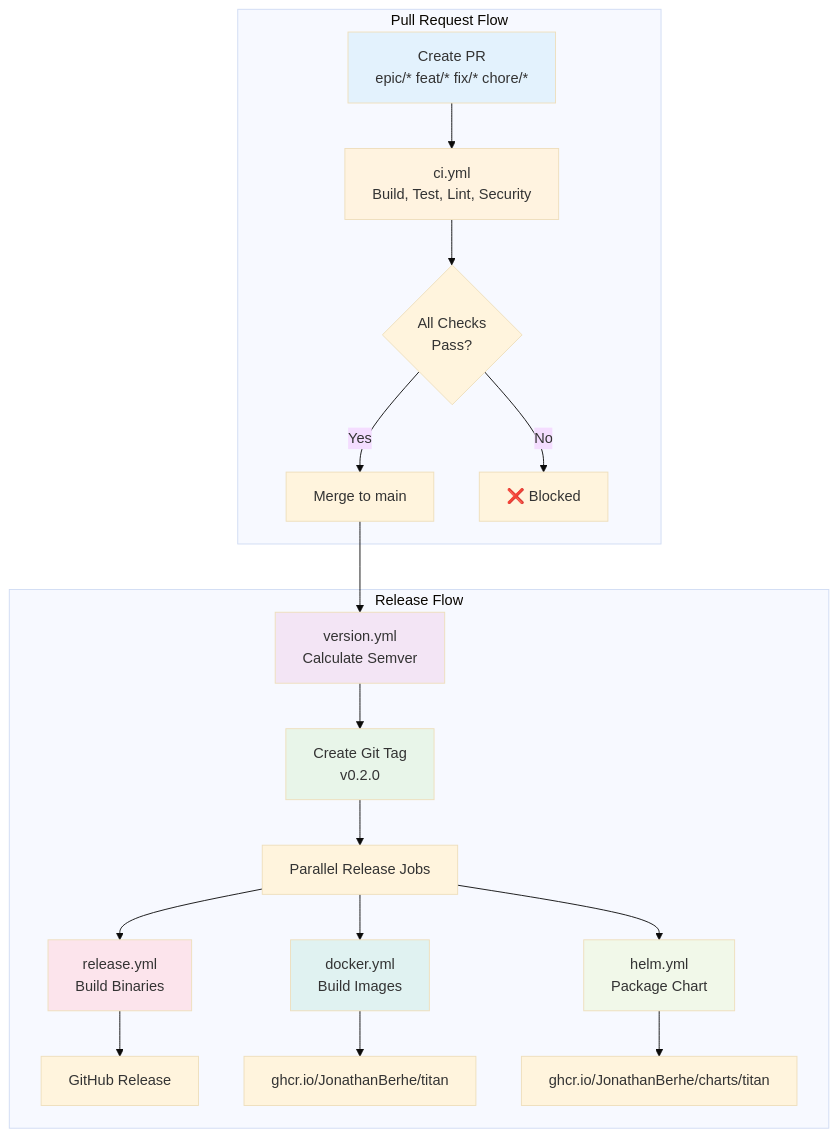
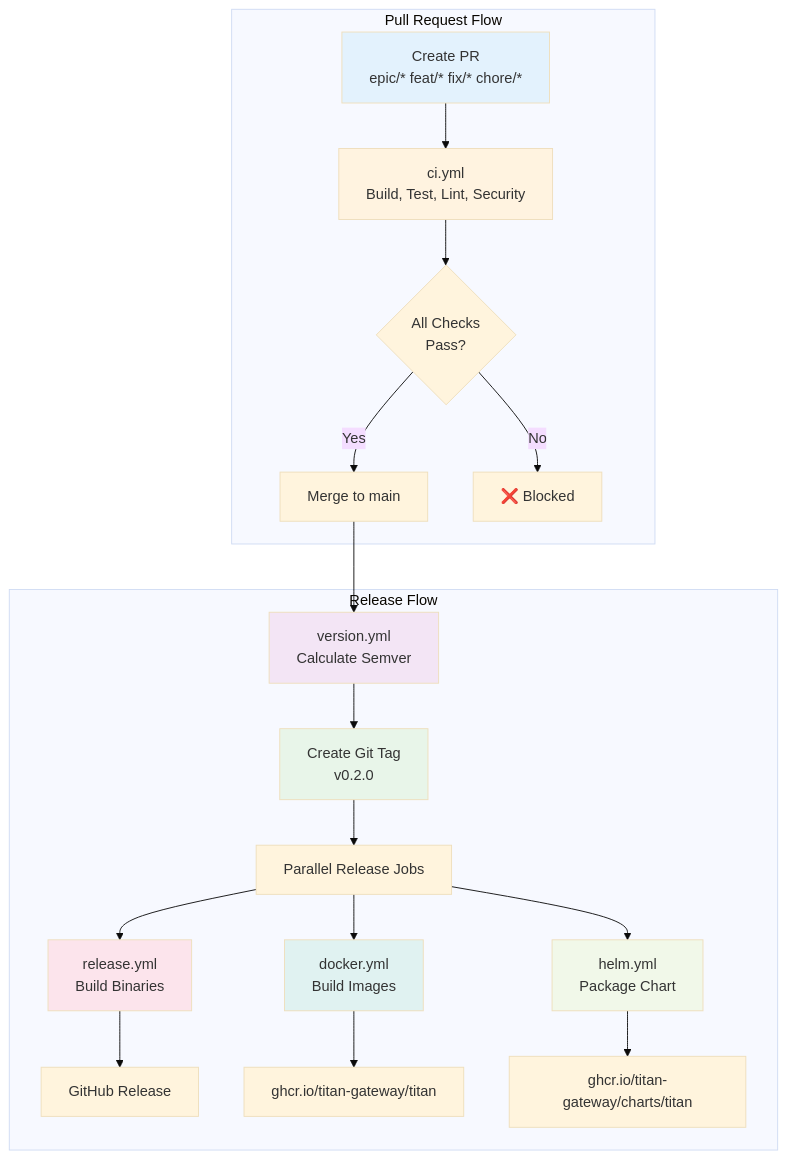
Before and after one commit to titan-gateway/titan: the diagram in docs/CI_CD.md, drawn with Mermaid (base theme). The commit also changed other lines of this file and 2 other files, not shown here.

````diff
--- a/docs/CI_CD.md
+++ b/docs/CI_CD.md
@@ -7,33 +7,33 @@
 ```mermaid
 graph TB
     subgraph "Pull Request Flow"
         PR[Create PR<br/>epic/* feat/* fix/* chore/*]
         CI[ci.yml<br/>Build, Test, Lint, Security]
         PASS{All Checks<br/>Pass?}
         PR --> CI --> PASS
         PASS -->|Yes| MERGE[Merge to main]
         PASS -->|No| BLOCK[❌ Blocked]
     end
 
     subgraph "Release Flow"
         MERGE --> VERSION[version.yml<br/>Calculate Semver]
         VERSION --> TAG[Create Git Tag<br/>v0.2.0]
         TAG --> RELEASE_JOBS[Parallel Release Jobs]
 
         RELEASE_JOBS --> BINARY[release.yml<br/>Build Binaries]
         RELEASE_JOBS --> DOCKER[docker.yml<br/>Build Images]
         RELEASE_JOBS --> HELM[helm.yml<br/>Package Chart]
 
         BINARY --> GH_RELEASE[GitHub Release]
-        DOCKER --> GHCR_DOCKER[ghcr.io/JonathanBerhe/titan]
-        HELM --> GHCR_HELM[ghcr.io/JonathanBerhe/charts/titan]
+        DOCKER --> GHCR_DOCKER[ghcr.io/titan-gateway/titan]
+        HELM --> GHCR_HELM[ghcr.io/titan-gateway/charts/titan]
     end
 
     style PR fill:#e3f2fd
     style CI fill:#fff3e0
     style VERSION fill:#f3e5f5
     style TAG fill:#e8f5e9
     style BINARY fill:#fce4ec
     style DOCKER fill:#e0f2f1
     style HELM fill:#f1f8e9
 ```
````
